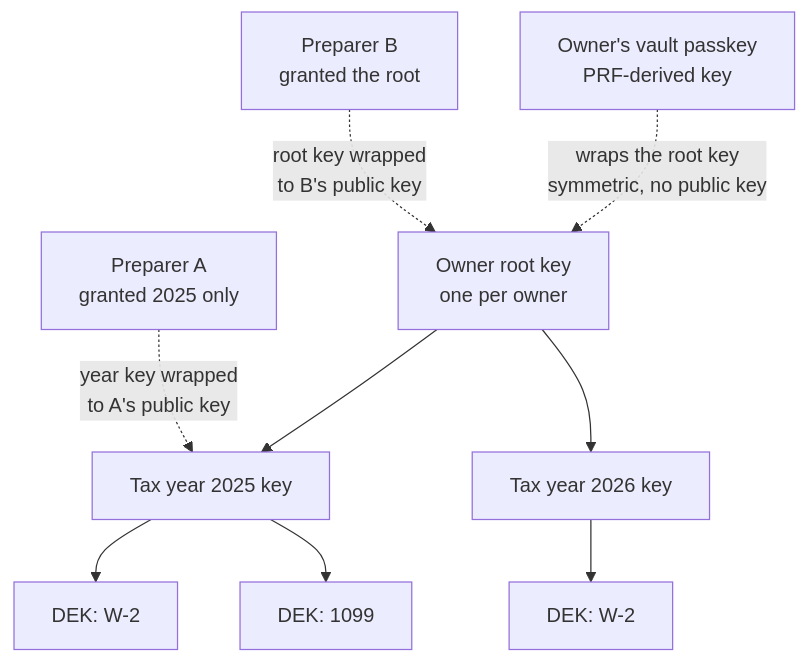
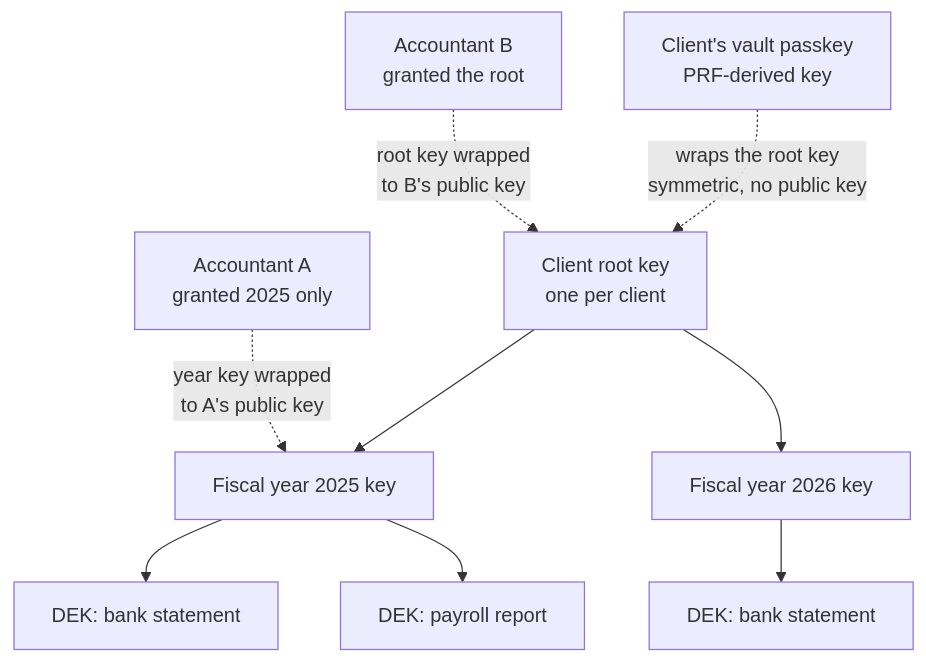
One commit to kigster/kigre-astro changed the eighth of 16 diagrams in src/content/blog/2026-11-12--sharing-encrypted-documents-without-trusting-your-server.md. Above: the diagram before and after it, drawn with Mermaid. The commit also changed other lines of this file and 4 other files, not shown here.

````diff
--- a/src/content/blog/2026-11-12--sharing-encrypted-documents-without-trusting-your-server.md
+++ b/src/content/blog/2026-11-12--sharing-encrypted-documents-without-trusting-your-server.md
@@ -319,22 +373,22 @@
 ```mermaid
 flowchart TD
-    ROOT["Owner root key<br/>one per owner"]
-    Y25["Tax year 2025 key"]
-    Y26["Tax year 2026 key"]
-    D1["DEK: W-2"]
-    D2["DEK: 1099"]
-    D3["DEK: W-2"]
+    ROOT["Client root key<br/>one per client"]
+    Y25["Fiscal year 2025 key"]
+    Y26["Fiscal year 2026 key"]
+    D1["DEK: bank statement"]
+    D2["DEK: payroll report"]
+    D3["DEK: bank statement"]
 
     ROOT --> Y25
     ROOT --> Y26
     Y25 --> D1
     Y25 --> D2
     Y26 --> D3
 
-    VPK["Owner's vault passkey<br/>PRF-derived key"]
-    PA["Preparer A<br/>granted 2025 only"]
-    PB["Preparer B<br/>granted the root"]
+    VPK["Client's vault passkey<br/>PRF-derived key"]
+    PA["Accountant A<br/>granted 2025 only"]
+    PB["Accountant B<br/>granted the root"]
     VPK -.->|"wraps the root key<br/>symmetric, no public key"| ROOT
     PA -.->|"year key wrapped<br/>to A's public key"| Y25
     PB -.->|"root key wrapped<br/>to B's public key"| ROOT
 ```
````
